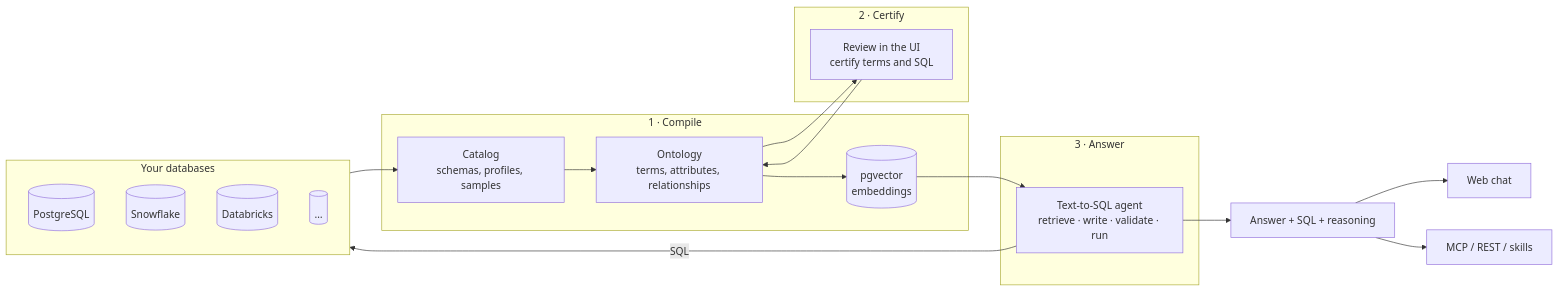
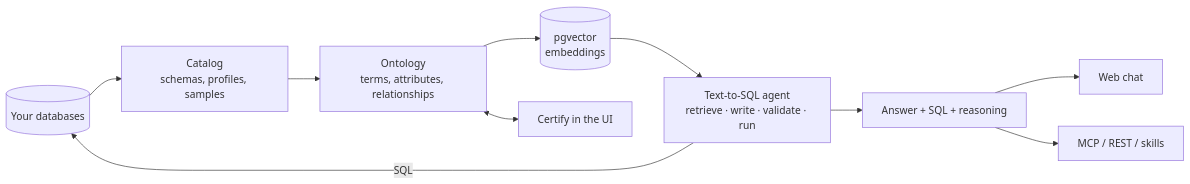
Before and after one commit to julienawonga/lexis: the diagram in README.md, drawn with Mermaid. The commit also changed other lines of this file and 9 other files, not shown here.

````diff
--- a/README.md
+++ b/README.md
@@ -166,32 +128,12 @@
 ```mermaid
 flowchart LR
-    subgraph Sources["Your databases"]
-        PG[(PostgreSQL)]
-        SF[(Snowflake)]
-        DB[(Databricks)]
-        MORE[(…)]
-    end
-
-    subgraph Compile["1 · Compile"]
-        CAT[Catalog<br/>schemas, profiles, samples]
-        ONT[Ontology<br/>terms, attributes, relationships]
-        VEC[(pgvector<br/>embeddings)]
-    end
-
-    subgraph Certify["2 · Certify"]
-        UI[Review in the UI<br/>certify terms and SQL]
-    end
-
-    subgraph Answer["3 · Answer"]
-        AG[Text-to-SQL agent<br/>retrieve · write · validate · run]
-    end
-
-    Sources --> CAT --> ONT --> VEC
-    ONT --> UI --> ONT
-    VEC --> AG
-    AG -->|SQL| Sources
+    SRC[(Your databases)] --> CAT[Catalog<br/>schemas, profiles, samples]
+    CAT --> ONT[Ontology<br/>terms, attributes, relationships]
+    ONT --> VEC[(pgvector<br/>embeddings)]
+    ONT <--> UI[Certify in the UI]
+    VEC --> AG[Text-to-SQL agent<br/>retrieve · write · validate · run]
+    AG -->|SQL| SRC
     AG --> OUT[Answer + SQL + reasoning]
-
     OUT --> WEB[Web chat]
     OUT --> MCP[MCP / REST / skills]
 ```
````
